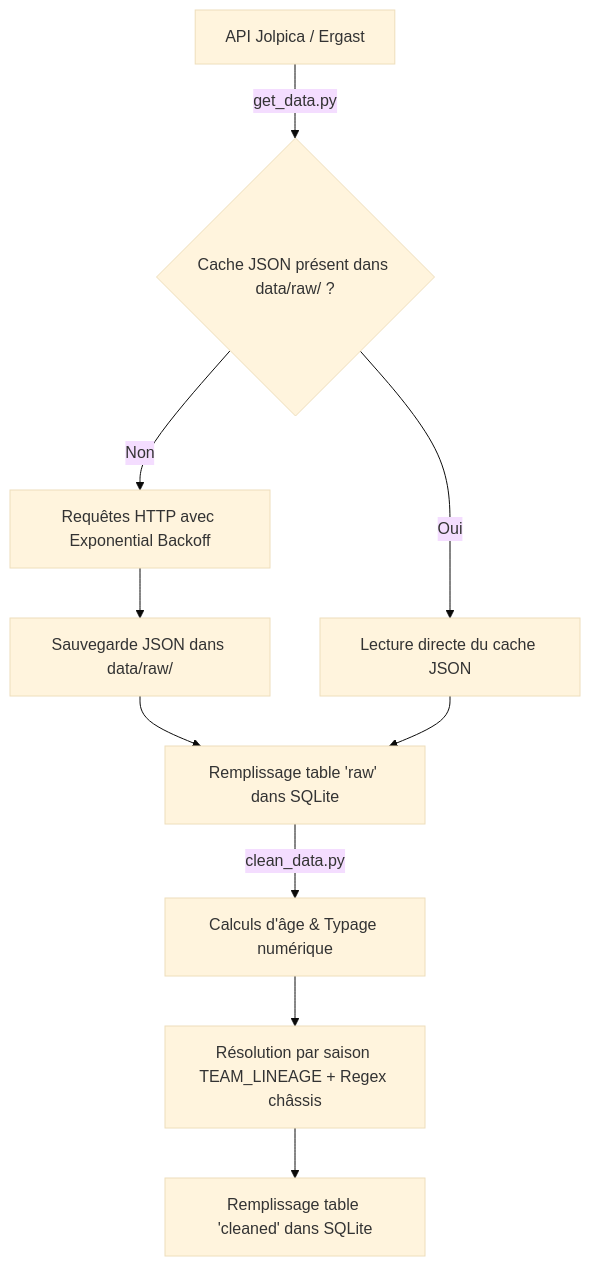
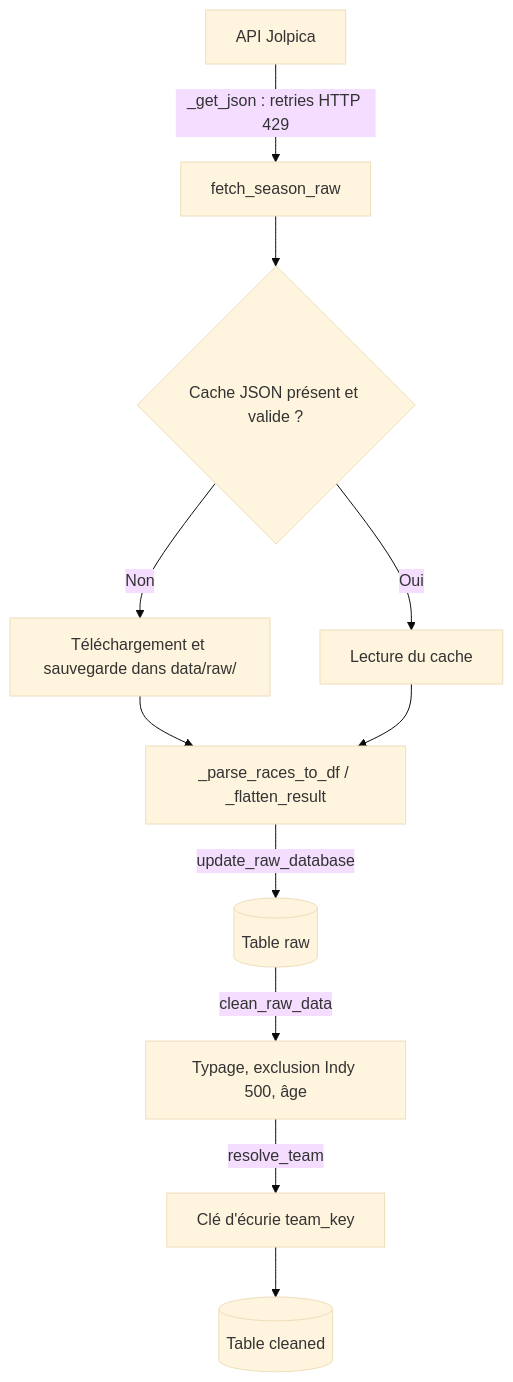
Before and after one commit to asrkr/data_project_f1: the diagram in README.md, drawn with Mermaid (base theme). The commit also changed other lines of this file, not shown here.

Commit message:
docs(README): document data pipeline, tests and copyright

````diff
--- a/README.md
+++ b/README.md
@@ -105,13 +123,13 @@
 ```mermaid
 flowchart TD
-    A[API Jolpica / Ergast] -->|get_data.py| B{Cache JSON présent dans data/raw/ ?}
-    B -->|Non| C[Requêtes HTTP avec Exponential Backoff]
-    C --> D[Sauvegarde JSON dans data/raw/]
-    B -->|Oui| E[Lecture directe du cache JSON]
-    D --> F[Remplissage table 'raw' dans SQLite]
+    A[API Jolpica] --> |_get_json : retries HTTP 429| B[fetch_season_raw]
+    B --> C{Cache JSON présent et valide ?}
+    C -->|Oui| E[Lecture du cache]
+    C -->|Non| D[Téléchargement et sauvegarde dans data/raw/]
+    D --> F[_parse_races_to_df / _flatten_result]
     E --> F
-    F -->|clean_data.py| G[Calculs d'âge & Typage numérique]
-    G --> H[Résolution par saison TEAM_LINEAGE + Regex châssis]
-    H --> I[Remplissage table 'cleaned' dans SQLite]
-    
+    F -->|update_raw_database| G[(Table raw)]
+    G -->|clean_raw_data| H[Typage, exclusion Indy 500, âge]
+    H -->|resolve_team| I[Clé d'écurie team_key]
+    I --> J[(Table cleaned)]
 ```
````
